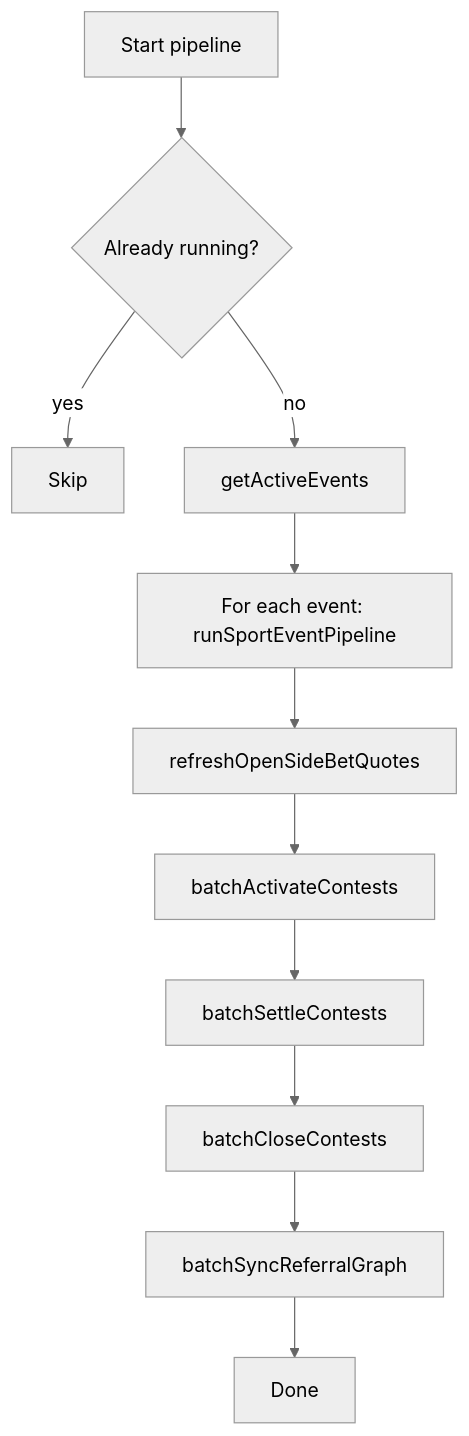
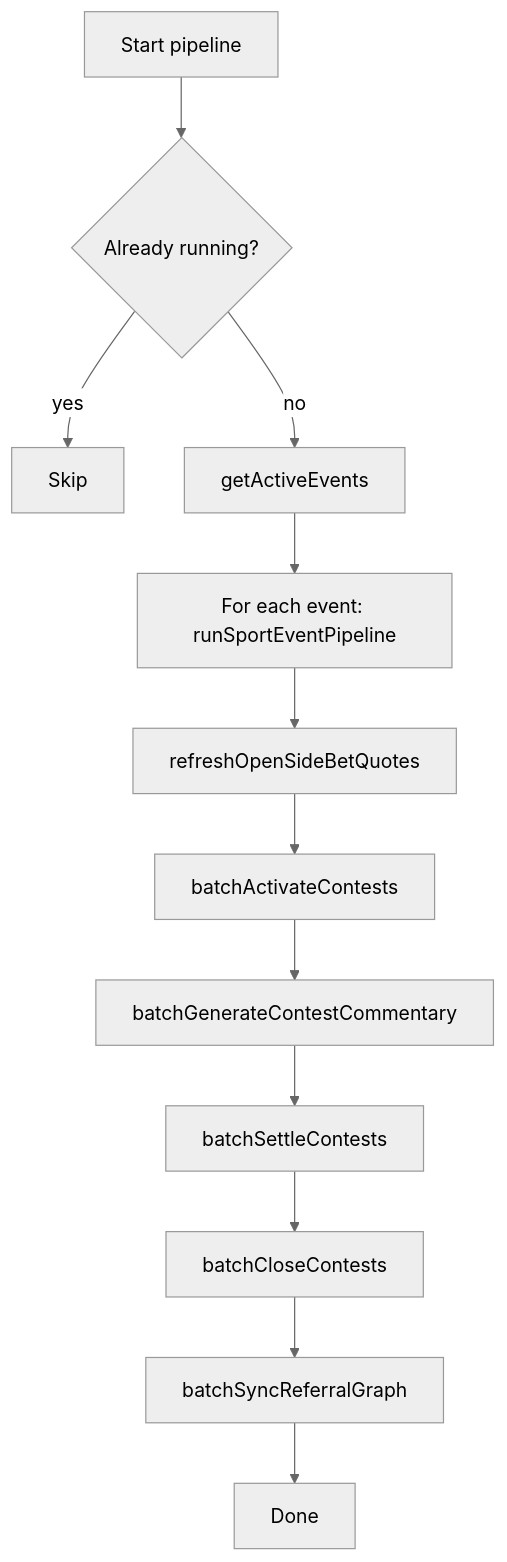
One commit to MagRelo/cut changed the diagram in spec/server/cron.md. Above: the diagram before and after it, drawn with Mermaid (neutral theme). The commit also changed other lines of this file and 14 other files, not shown here.

First line of the commit message:
Enhance WinnerPoolOverview with contest commentary feature

````diff
--- a/spec/server/cron.md
+++ b/spec/server/cron.md
@@ -12,13 +12,14 @@
 ```mermaid
 flowchart TD
   A[Start pipeline] --> B{Already running?}
   B -->|yes| Z[Skip]
   B -->|no| C[getActiveEvents]
   C --> D[For each event: runSportEventPipeline]
   D --> E[refreshOpenSideBetQuotes]
   E --> F[batchActivateContests]
-  F --> G[batchSettleContests]
-  G --> H[batchCloseContests]
-  H --> I[batchSyncReferralGraph]
-  I --> J[Done]
+  F --> G[batchGenerateContestCommentary]
+  G --> H[batchSettleContests]
+  H --> I[batchCloseContests]
+  I --> J[batchSyncReferralGraph]
+  J --> K[Done]
 ```
````
